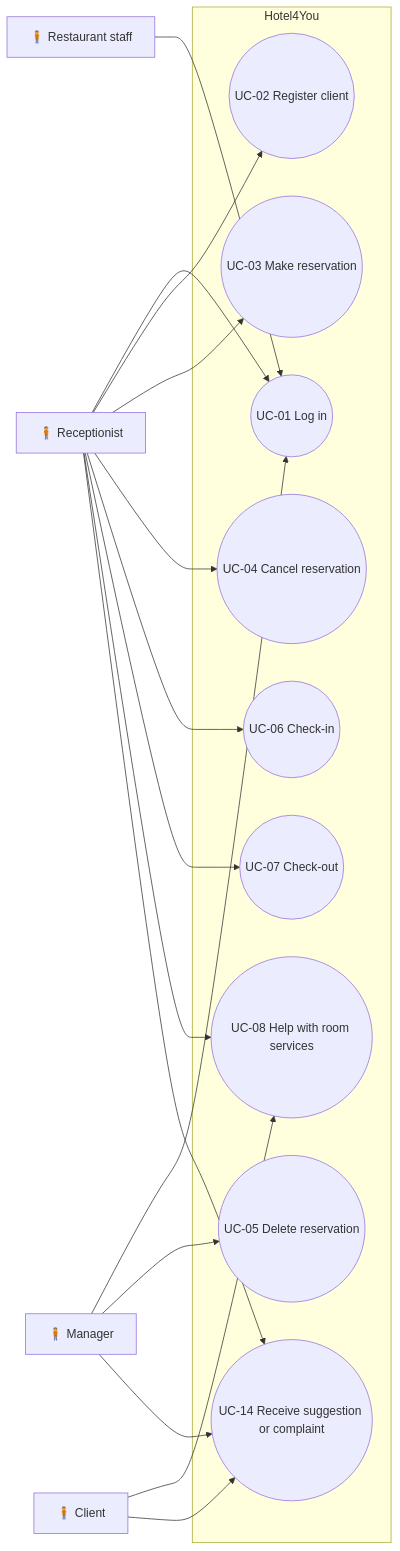
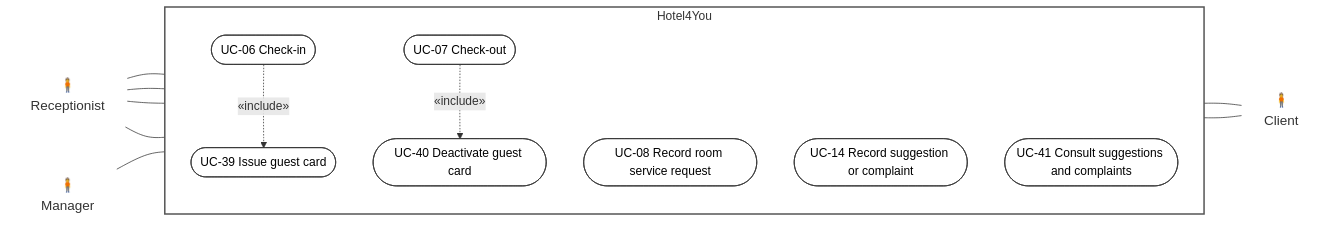
The fifth of 7 diagrams in docs/uml/use-cases.md (BorjaTiago/hotel4you), drawn with Mermaid before and after one commit. The commit also changed other lines of this file and 3 other files, not shown here.

First line of the commit message:
H4Y-7 apply teacher feedback to use-case diagrams

````diff
--- a/docs/uml/use-cases.md
+++ b/docs/uml/use-cases.md
@@ -7,35 +183,36 @@
 ```mermaid
 flowchart LR
-  %% Requirements: RF-01, RF-02, RF-05, RF-06, RF-07, RF-09, RF-10, RF-11, RF-12, RF-13, RF-14, RF-15, RF-16, RF-17, RF-18, RF-22, RF-27, RNF-02, RNF-03.
-  Client["🧍 Client"]
-  Receptionist["🧍 Receptionist"]
-  Manager["🧍 Manager"]
-  RestaurantStaff["🧍 Restaurant staff"]
+  %% Requirements: RF-07, RF-09, RF-13, RF-14, RF-15, RF-16, RF-27. Decisions: Q-08, Q-09, Q-11, Q-18, Q-30, Q-33.
+  Receptionist["🧍<br/>Receptionist"]:::actor
+  Manager["🧍<br/>Manager"]:::actor
 
-  subgraph Hotel4You[Hotel4You]
-    UC01(("UC-01 Log in"))
-    UC02(("UC-02 Register client"))
-    UC03(("UC-03 Make reservation"))
-    UC04(("UC-04 Cancel reservation"))
-    UC05(("UC-05 Delete reservation"))
-    UC06(("UC-06 Check-in"))
-    UC07(("UC-07 Check-out"))
-    UC08(("UC-08 Help with room services"))
-    UC14(("UC-14 Receive suggestion or complaint"))
+  subgraph Hotel4You["Hotel4You"]
+    direction TB
+    UC06(["UC-06 Check-in"]):::uc
+    UC39(["UC-39 Issue guest card"]):::uc
+    UC07(["UC-07 Check-out"]):::uc
+    UC40(["UC-40 Deactivate guest card"]):::uc
+    UC08(["UC-08 Record room service request"]):::uc
+    UC14(["UC-14 Record suggestion or complaint"]):::uc
+    UC41(["UC-41 Consult suggestions and complaints"]):::uc
   end
 
-  Receptionist --> UC01
-  Manager --> UC01
-  RestaurantStaff --> UC01
-  Receptionist --> UC02
-  Receptionist --> UC03
-  Receptionist --> UC04
-  Manager --> UC05
-  Receptionist --> UC06
-  Receptionist --> UC07
-  Client --> UC08
-  Receptionist --> UC08
-  Client --> UC14
-  Receptionist --> UC14
-  Manager --> UC14
+  Client["🧍<br/>Client"]:::actor
+
+  Receptionist --- UC06
+  Receptionist --- UC07
+  Receptionist --- UC08
+  Receptionist --- UC14
+  Manager --- UC41
+  Manager ~~~ UC06
+  UC08 --- Client
+  UC14 --- Client
+  UC40 ~~~ Client
+
+  UC06 -.->|"«include»"| UC39
+  UC07 -.->|"«include»"| UC40
+
+  classDef actor fill:none,stroke:none,font-size:18px
+  classDef uc fill:#ffffff,stroke:#333333,color:#000000
+  style Hotel4You fill:none,stroke:#555555,stroke-width:2px
 ```
````
